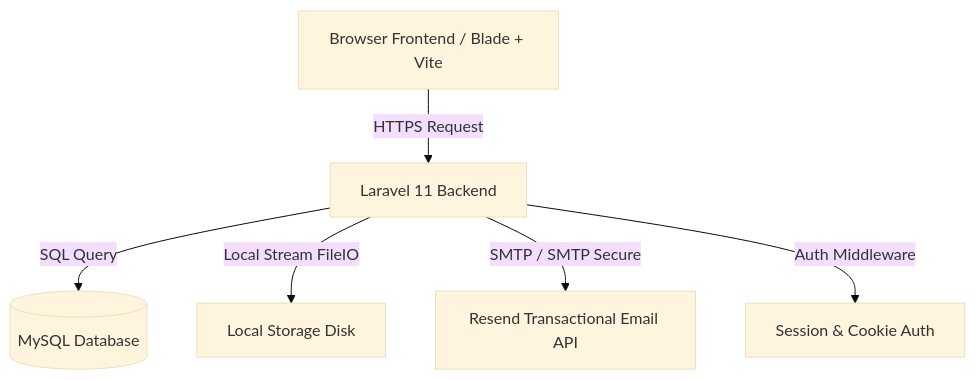
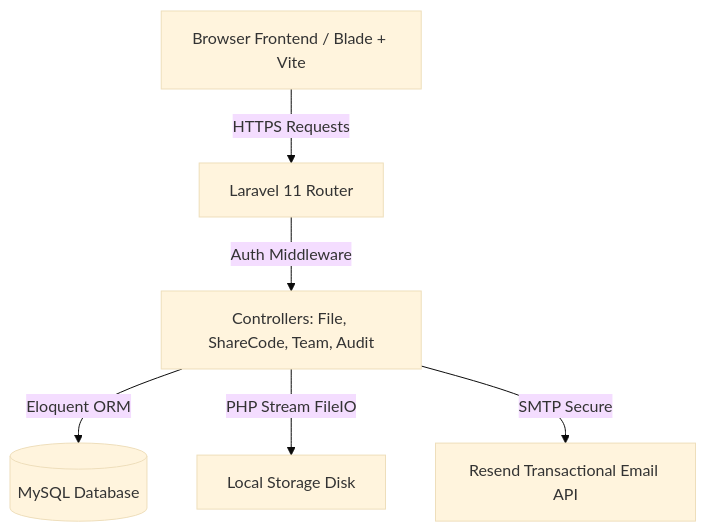
Before and after one commit to ANONYOUS666/keeption-vault: the second of 2 diagrams in DOCUMENTATION.md, drawn with Mermaid (base theme). The commit also changed other lines of this file, not shown here.

````diff
--- a/DOCUMENTATION.md
+++ b/DOCUMENTATION.md
@@ -76,8 +80,8 @@
 ```mermaid
 graph TD
-    Client[Browser Frontend / Blade + Vite] -->|HTTPS Request| Laravel[Laravel 11 Backend]
-    Laravel -->|SQL Query| MySQL[(MySQL Database)]
-    Laravel -->|Local Stream FileIO| Storage[Local Storage Disk]
-    Laravel -->|SMTP / SMTP Secure| Resend[Resend Transactional Email API]
-    Laravel -->|Auth Middleware| Session[Session & Cookie Auth]
+    Client[Browser Frontend / Blade + Vite] -->|HTTPS Requests| Router[Laravel 11 Router]
+    Router -->|Auth Middleware| Controllers[Controllers: File, ShareCode, Team, Audit]
+    Controllers -->|Eloquent ORM| MySQL[(MySQL Database)]
+    Controllers -->|PHP Stream FileIO| Storage[Local Storage Disk]
+    Controllers -->|SMTP Secure| Resend[Resend Transactional Email API]
 ```
````
